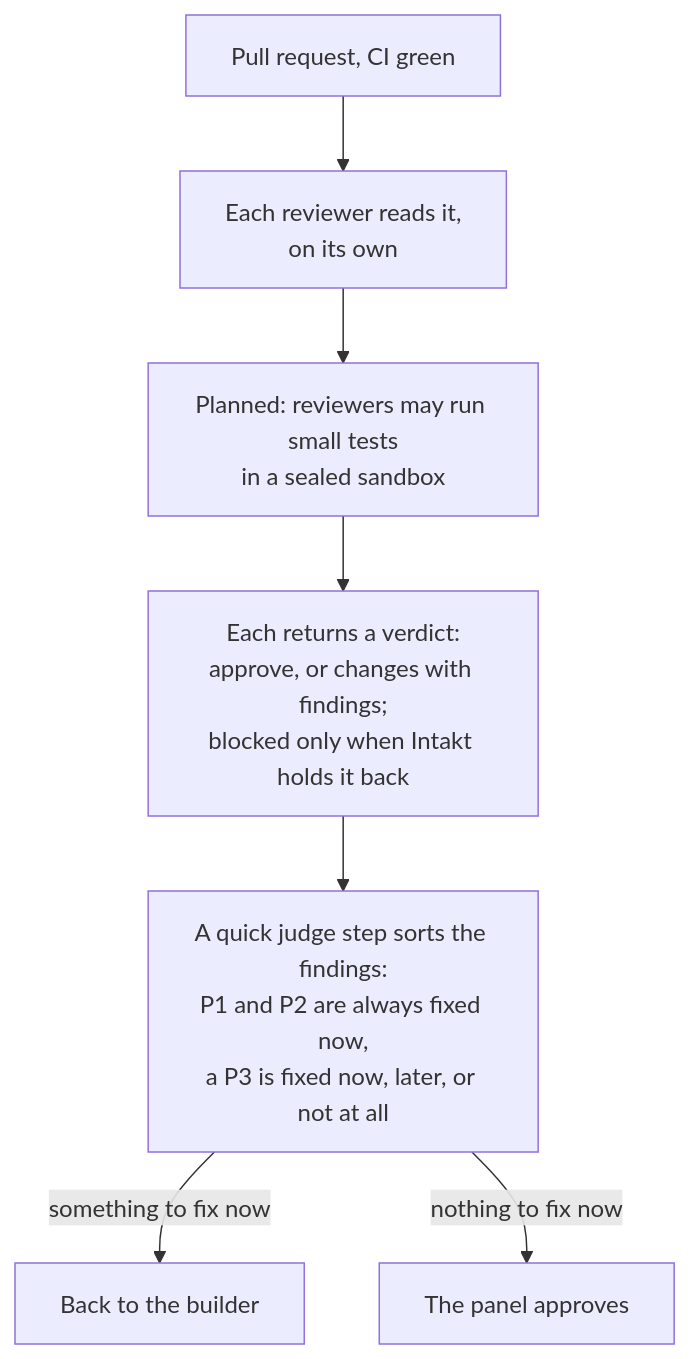
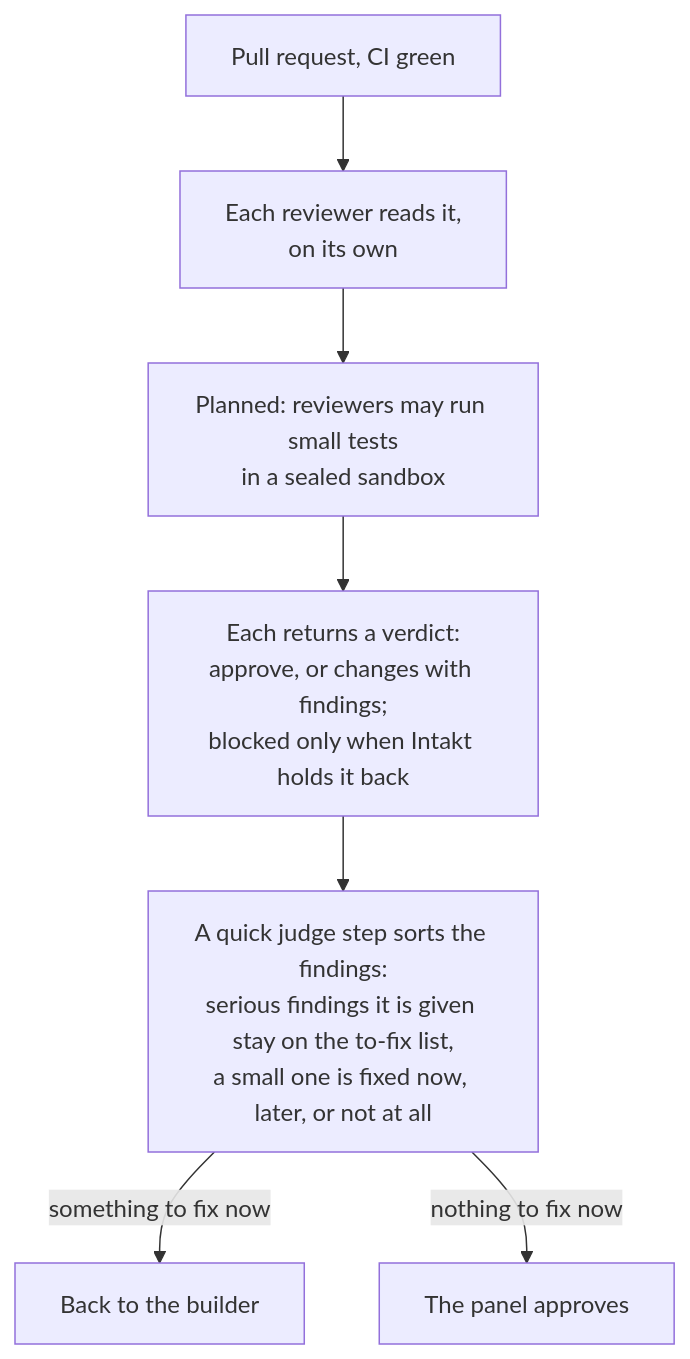
The fourth of 5 diagrams in docs/guide/the-journey-of-a-task.md (shinyredapples/intakt), drawn with Mermaid before and after one commit. The commit also changed other lines of this file and 4 other files, not shown here.

````diff
--- a/docs/guide/the-journey-of-a-task.md
+++ b/docs/guide/the-journey-of-a-task.md
@@ -94,9 +94,9 @@
 ```mermaid
 flowchart TD
   pr[Pull request, CI green] --> panel[Each reviewer reads it,<br/>on its own]
   panel --> probes[Planned: reviewers may run small tests<br/>in a sealed sandbox]
   probes --> verdicts[Each returns a verdict:<br/>approve, or changes with findings;<br/>blocked only when Intakt holds it back]
-  verdicts --> judge[A quick judge step sorts the findings:<br/>P1 and P2 are always fixed now,<br/>a P3 is fixed now, later, or not at all]
+  verdicts --> judge[A quick judge step sorts the findings:<br/>serious findings it is given stay on the to-fix list,<br/>a small one is fixed now, later, or not at all]
   judge -- something to fix now --> build[Back to the builder]
   judge -- nothing to fix now --> pass[The panel approves]
 ```
````
